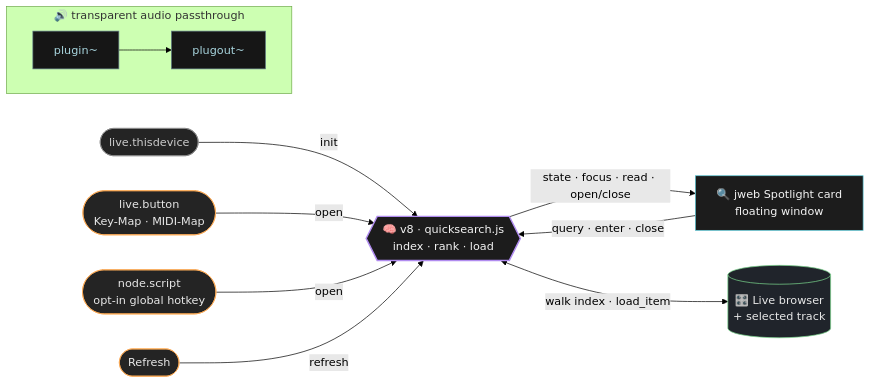
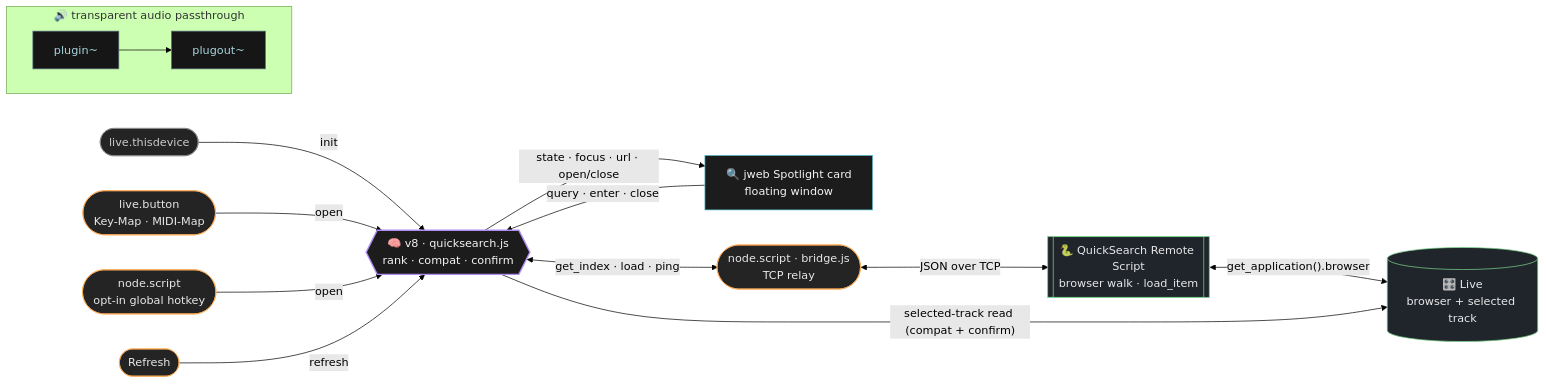
One commit to JonasGrunau/m4l-quick-search changed the diagram in README.md. Above: the diagram before and after it, drawn with Mermaid (forest theme). The commit also changed other lines of this file and 36 other files, not shown here.

First line of the commit message:
Load the overlay via an embedded data: URL; sync all docs

````diff
--- a/README.md
+++ b/README.md
@@ -56,33 +87,38 @@
 ```mermaid
 flowchart LR
     THISDEV(["live.thisdevice"]):::sys
     BTN(["live.button<br/>Key-Map · MIDI-Map"]):::trig
     NODE(["node.script<br/>opt-in global hotkey"]):::trig
     REFRESH(["Refresh"]):::trig
 
-    V8{{"🧠 v8 · quicksearch.js<br/>index · rank · load"}}:::brain
+    V8{{"🧠 v8 · quicksearch.js<br/>rank · compat · confirm"}}:::brain
     JWEB["🔍 jweb Spotlight card<br/>floating window"]:::ui
-    LIVE[("🎛️ Live browser<br/>+ selected track")]:::live
+    BRIDGE(["node.script · bridge.js<br/>TCP relay"]):::trig
+    PY[["🐍 QuickSearch Remote Script<br/>browser walk · load_item"]]:::live
+    LIVE[("🎛️ Live<br/>browser + selected track")]:::live
 
     THISDEV -->|init| V8
     BTN -->|open| V8
     NODE -->|open| V8
     REFRESH -->|refresh| V8
 
-    V8 -->|"state · focus · read · open/close"| JWEB
+    V8 -->|"state · focus · url · open/close"| JWEB
     JWEB -->|"query · enter · close"| V8
-    V8 <-->|"walk index · load_item"| LIVE
+    V8 <-->|"get_index · load · ping"| BRIDGE
+    BRIDGE <-->|"JSON over TCP"| PY
+    PY <-->|"get_application().browser"| LIVE
+    V8 -->|"selected-track read (compat + confirm)"| LIVE
 
     subgraph passthrough["🔊 transparent audio passthrough"]
         direction LR
         PLUGIN["plugin~"] --> POUT["plugout~"]
     end
     class PLUGIN,POUT audio
 
     classDef trig fill:#242424,stroke:#ffad56,color:#e8e8e8;
     classDef brain fill:#1c1c1c,stroke:#b18cf0,color:#f4f4f4,stroke-width:2px;
     classDef ui fill:#1c1c1c,stroke:#5cc8d6,color:#f4f4f4;
     classDef live fill:#20242b,stroke:#7bd88f,color:#e8e8e8;
     classDef sys fill:#242424,stroke:#888888,color:#cccccc;
     classDef audio fill:#161616,stroke:#637e86,color:#a9d6df;
 ```
````
